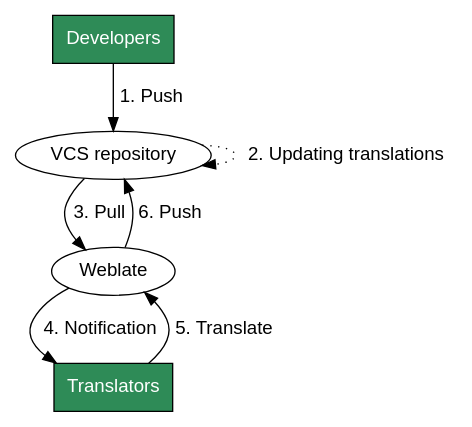
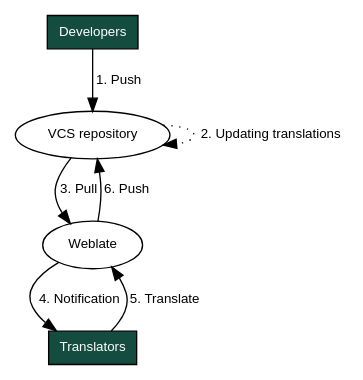
Before and after one commit to vendasta/weblate: the diagram in docs/admin/continuous.rst, drawn with Graphviz. The commit also changed other lines of this file and 2067 other files, not shown here.

```diff
--- a/docs/admin/continuous.rst
+++ b/docs/admin/continuous.rst
@@ -19,22 +24,22 @@
 .. graphviz::
 
     digraph translations {
-        graph [fontname = "sans-serif"];
-        node [fontname = "sans-serif"];
-        edge [fontname = "sans-serif"];
+        graph [fontname = "sans-serif", fontsize=10];
+        node [fontname = "sans-serif", fontsize=10, margin=0.1, height=0];
+        edge [fontname = "sans-serif", fontsize=10];
 
-        "Developers" [shape=box, fillcolor=seagreen, fontcolor=white, style=filled];
-        "Translators" [shape=box, fillcolor=seagreen, fontcolor=white, style=filled];
+        "Developers" [shape=box, fillcolor="#144d3f", fontcolor=white, style=filled];
+        "Translators" [shape=box, fillcolor="#144d3f", fontcolor=white, style=filled];
 
         "Developers" -> "VCS repository" [label=" 1. Push "];
 
         "VCS repository" -> "VCS repository" [label=" 2. Updating translations ", style=dotted];
 
         "VCS repository" -> "Weblate" [label=" 3. Pull "];
 
         "Weblate" -> "Translators" [label=" 4. Notification "];
 
         "Translators" -> "Weblate" [label=" 5. Translate "];
 
         "Weblate" -> "VCS repository" [label=" 6. Push "];
     }
```
